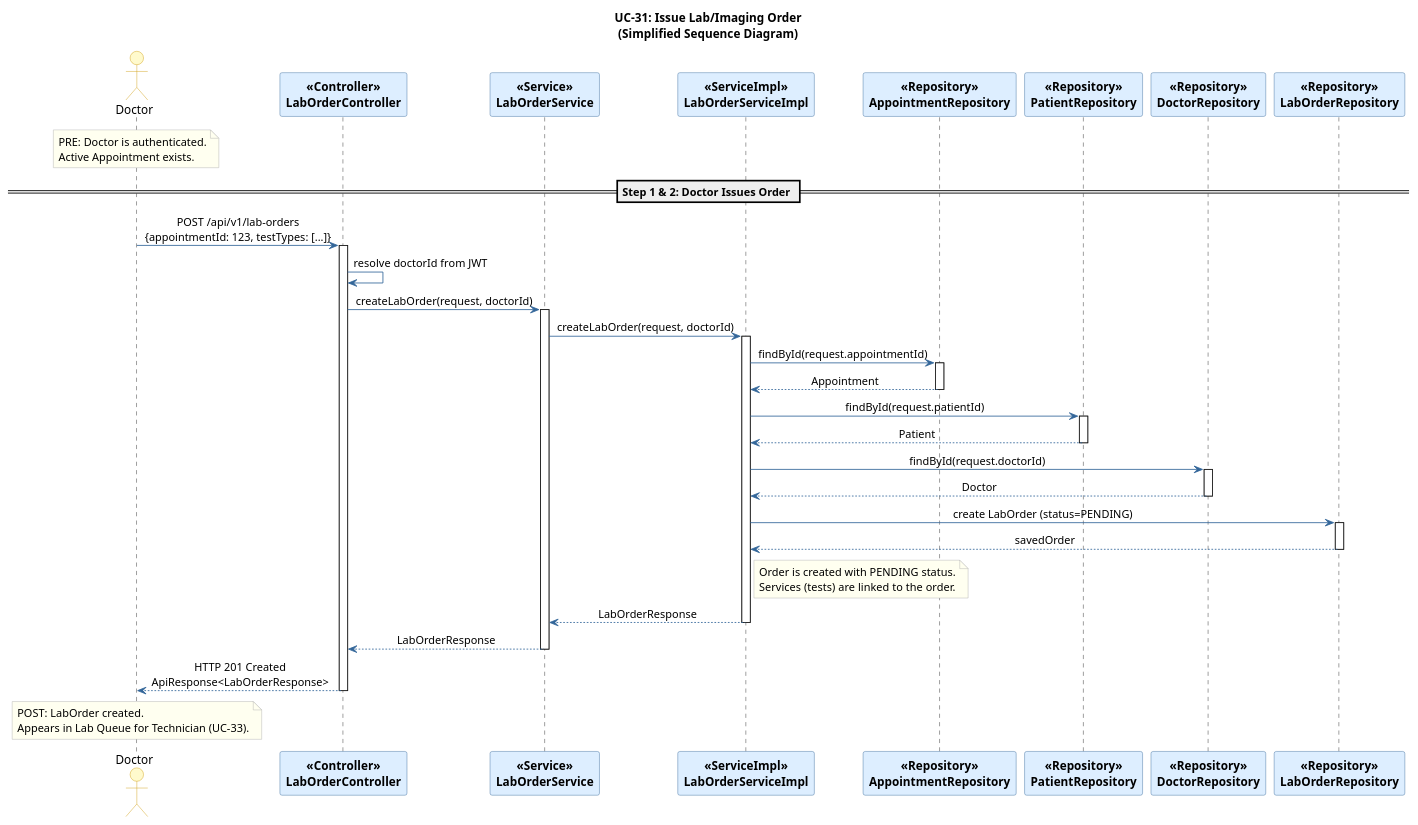
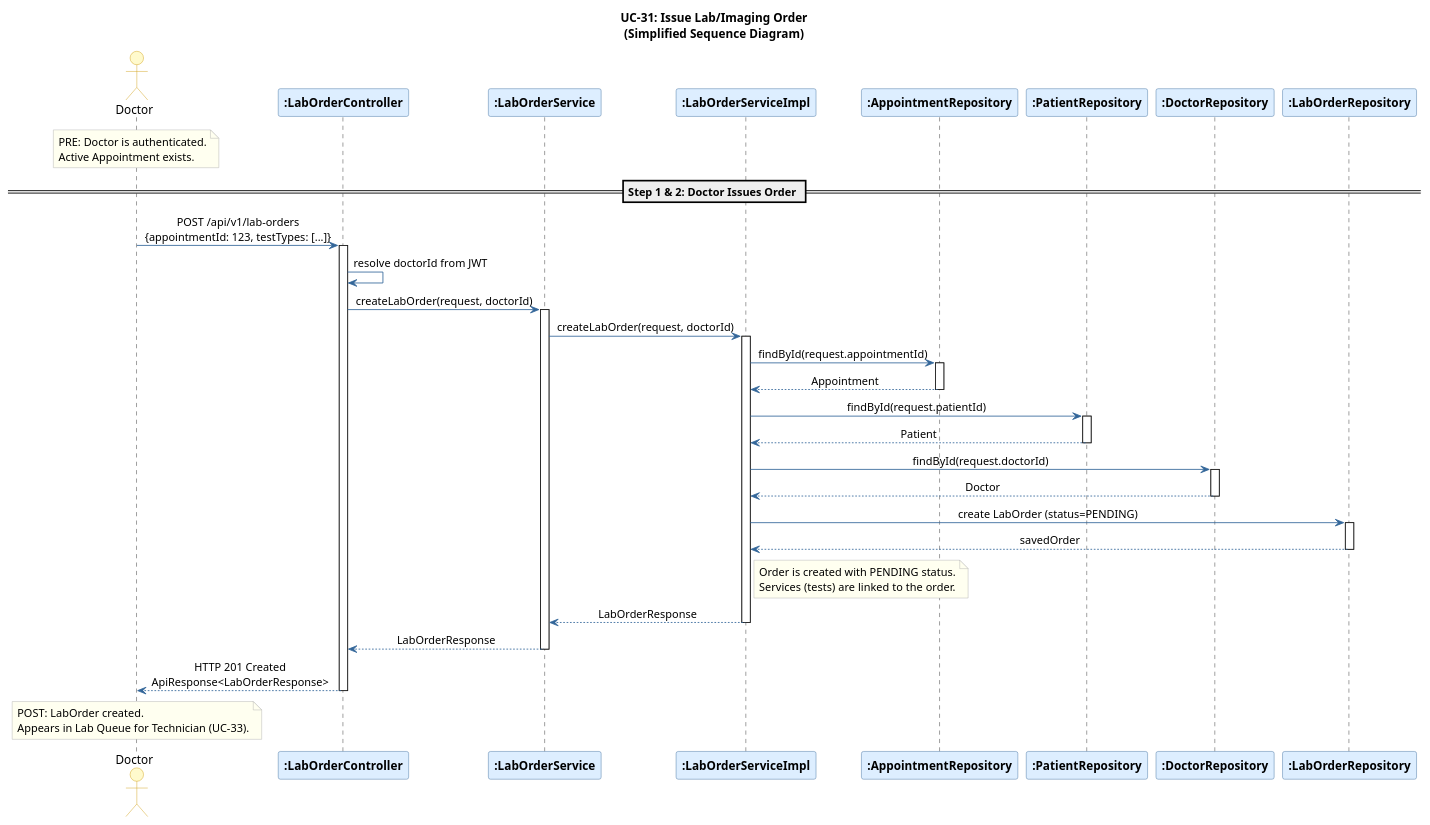
Before and after one commit to Dmh304/Clinic-Management-System: the diagram in docs/diagrams/UC31_IssueLabImagingOrder_SequenceDiagram.puml, drawn with PlantUML. The commit also changed 28 other files, not shown here.

```diff
--- a/docs/diagrams/UC31_IssueLabImagingOrder_SequenceDiagram.puml
+++ b/docs/diagrams/UC31_IssueLabImagingOrder_SequenceDiagram.puml
@@ -1,92 +1,92 @@
 @startuml UC31_IssueLabImagingOrder
 <style>
 document {
   ParticipantPadding 10
   BoxPadding 10
 }
 </style>
 
 skinparam sequenceMessageAlign center
 skinparam responseMessageBelowArrow true
 skinparam maxMessageSize 250
 
 skinparam participant {
     BackgroundColor #DDEEFF
     BorderColor     #336699
     FontStyle       bold
 }
 skinparam actor {
     BackgroundColor #FFFACD
     BorderColor     #CC9900
 }
 skinparam note {
     BackgroundColor #FFFFF0
     BorderColor     #AAAAAA
 }
 skinparam ArrowColor #336699
 skinparam LifeLineBorderColor #336699
 
 title UC-31: Issue Lab/Imaging Order\n(Simplified Sequence Diagram)
 
 actor       "Doctor"                                            as Doctor
-participant "<<Controller>>\nLabOrderController"           as LC
-participant "<<Service>>\nLabOrderService"               as LS
-participant "<<ServiceImpl>>\nLabOrderServiceImpl"       as LSImpl
-participant "<<Repository>>\nAppointmentRepository"             as ApptRepo
-participant "<<Repository>>\nPatientRepository"                 as PatRepo
-participant "<<Repository>>\nDoctorRepository"                  as DocRepo
-participant "<<Repository>>\nLabOrderRepository"                as LORepo
+participant ":LabOrderController"           as LC
+participant ":LabOrderService"               as LS
+participant ":LabOrderServiceImpl"       as LSImpl
+participant ":AppointmentRepository"             as ApptRepo
+participant ":PatientRepository"                 as PatRepo
+participant ":DoctorRepository"                  as DocRepo
+participant ":LabOrderRepository"                as LORepo
 
 note over Doctor
   PRE: Doctor is authenticated.
   Active Appointment exists.
 end note
 
 == Step 1 & 2: Doctor Issues Order ==
 Doctor -> LC : POST /api/v1/lab-orders\n{appointmentId: 123, testTypes: [...]}
 activate LC
 LC -> LC : resolve doctorId from JWT
 LC -> LS : createLabOrder(request, doctorId)
 activate LS
 LS -> LSImpl : createLabOrder(request, doctorId)
 activate LSImpl
 
 LSImpl -> ApptRepo : findById(request.appointmentId)
 activate ApptRepo
 ApptRepo --> LSImpl : Appointment
 deactivate ApptRepo
 
 LSImpl -> PatRepo : findById(request.patientId)
 activate PatRepo
 PatRepo --> LSImpl : Patient
 deactivate PatRepo
 
 LSImpl -> DocRepo : findById(request.doctorId)
 activate DocRepo
 DocRepo --> LSImpl : Doctor
 deactivate DocRepo
 
 LSImpl -> LORepo : create LabOrder (status=PENDING)
 activate LORepo
 LORepo --> LSImpl : savedOrder
 deactivate LORepo
 
 note right of LSImpl
   Order is created with PENDING status.
   Services (tests) are linked to the order.
 end note
 
 LSImpl --> LS : LabOrderResponse
 deactivate LSImpl
 LS --> LC : LabOrderResponse
 deactivate LS
 
 LC --> Doctor : HTTP 201 Created\nApiResponse<LabOrderResponse>
 deactivate LC
 
 note over Doctor
   POST: LabOrder created. 
   Appears in Lab Queue for Technician (UC-33).
 end note
 
 @enduml
```
